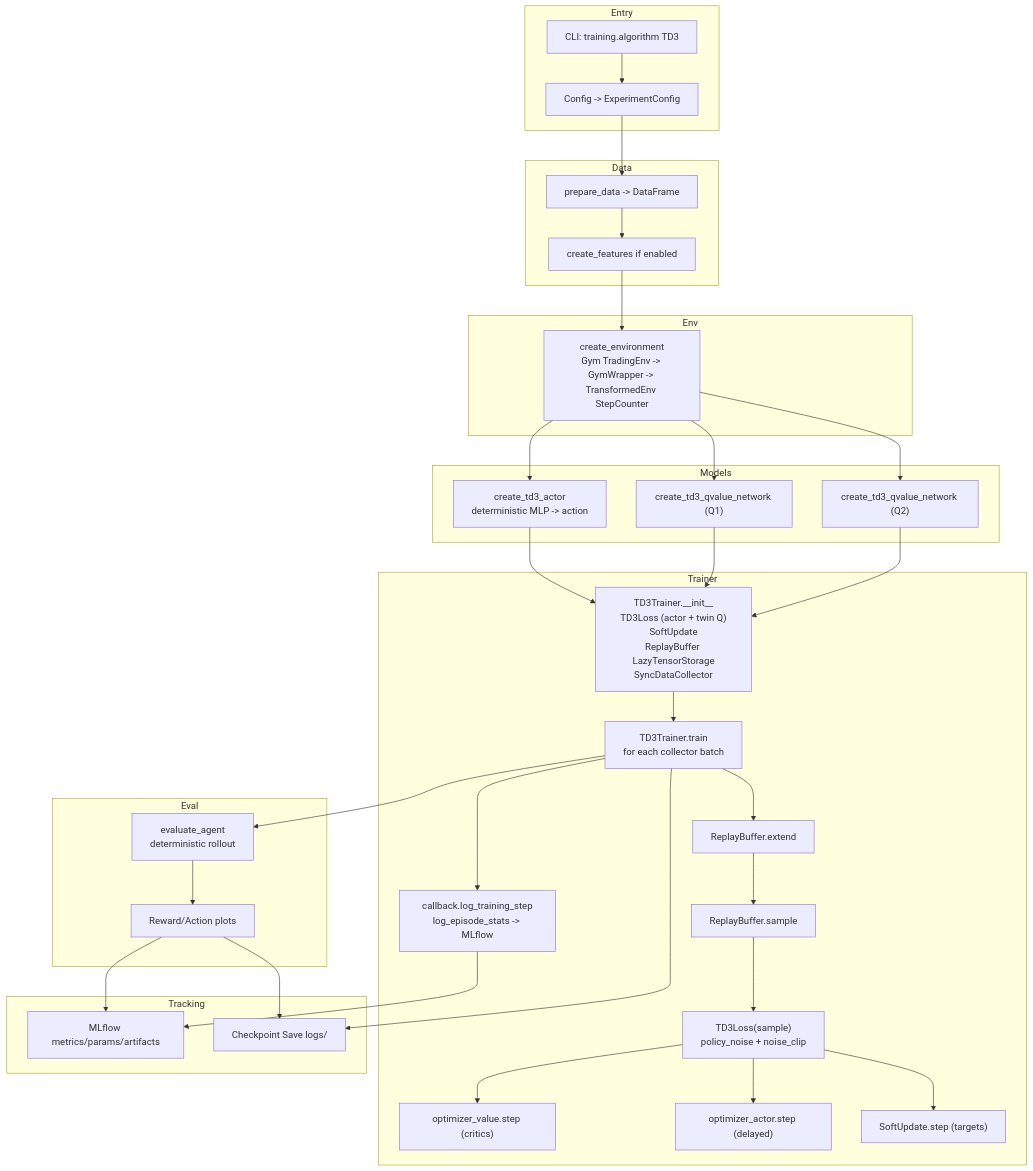
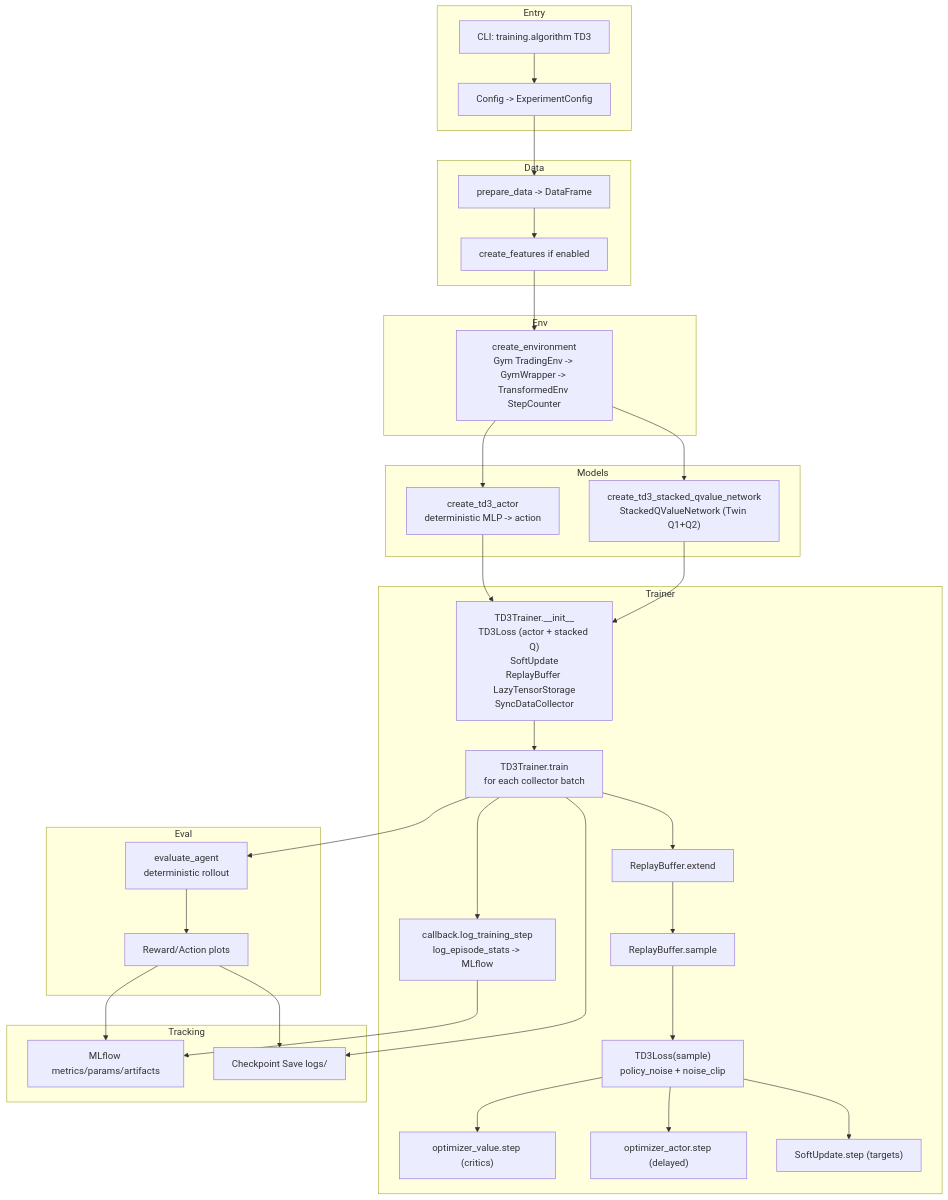
One commit to kwojdalski/masters_thesis changed the diagram in docs/td3_implementation_overview.md. Above: the diagram before and after it, drawn with Mermaid. The commit also changed other lines of this file and 4 other files, not shown here.

````diff
--- a/docs/td3_implementation_overview.md
+++ b/docs/td3_implementation_overview.md
@@ -5,61 +5,58 @@
 ```mermaid
 flowchart TD
     subgraph Entry
         A["CLI: training.algorithm TD3"]
         A1["Config -> ExperimentConfig"]
     end
 
     subgraph Data
         B["prepare_data -> DataFrame"]
         B1["create_features if enabled"]
     end
 
     subgraph Env
         C["create_environment<br/>Gym TradingEnv -> GymWrapper -> TransformedEnv StepCounter"]
     end
 
     subgraph Models
         D["create_td3_actor<br/>deterministic MLP -> action"]
-        E1["create_td3_qvalue_network (Q1)"]
-        E2["create_td3_qvalue_network (Q2)"]
+        E["create_td3_stacked_qvalue_network<br/>StackedQValueNetwork (Twin Q1+Q2)"]
     end
 
     subgraph Trainer
-        F["TD3Trainer.__init__<br/>TD3Loss (actor + twin Q)<br/>SoftUpdate<br/>ReplayBuffer LazyTensorStorage<br/>SyncDataCollector"]
+        F["TD3Trainer.__init__<br/>TD3Loss (actor + stacked Q)<br/>SoftUpdate<br/>ReplayBuffer LazyTensorStorage<br/>SyncDataCollector"]
         G["TD3Trainer.train<br/>for each collector batch"]
         H["ReplayBuffer.extend"]
         I["ReplayBuffer.sample"]
         J["TD3Loss(sample)<br/>policy_noise + noise_clip"]
         K["optimizer_value.step (critics)"]
         L["optimizer_actor.step (delayed)"]
         M["SoftUpdate.step (targets)"]
         N["callback.log_training_step<br/>log_episode_stats -> MLflow"]
     end
 
     subgraph Eval
         O["evaluate_agent<br/>deterministic rollout"]
         P["Reward/Action plots"]
     end
 
     subgraph Tracking
         Q["MLflow metrics/params/artifacts"]
         R["Checkpoint Save logs/"]
     end
 
     A --> A1 --> B --> B1 --> C
     C --> D
-    C --> E1
-    C --> E2
+    C --> E
     D --> F
-    E1 --> F
-    E2 --> F
+    E --> F
     F --> G
     G --> H --> I --> J
     J --> K
     J --> L
     J --> M
     G --> N --> Q
     G --> R
     G --> O --> P --> Q
     P --> R
 ```
````
